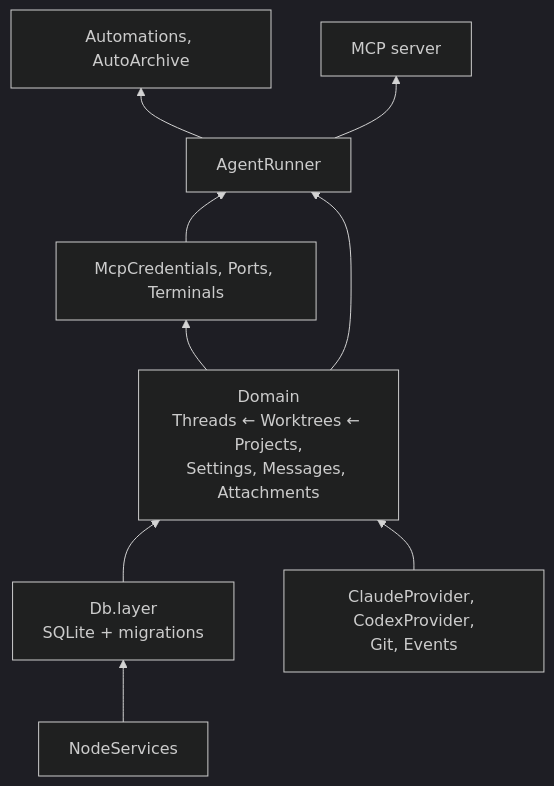
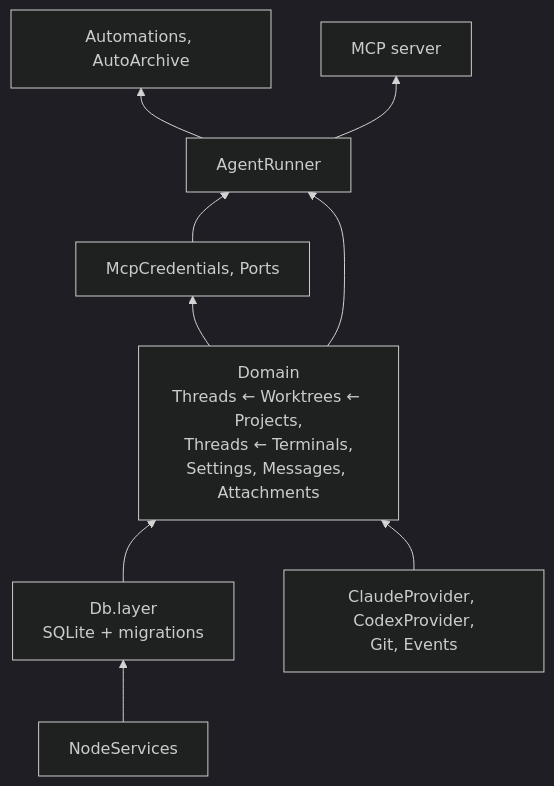
Before and after one commit to hinadev-ai/hinacode: the third of 15 diagrams in docs/arch.md, drawn with Mermaid (dark theme). The commit also changed other lines of this file and 12 other files, not shown here.

````diff
--- a/docs/arch.md
+++ b/docs/arch.md
@@ -72,18 +72,18 @@
 ```mermaid
 flowchart BT
   node["NodeServices"]
   db["Db.layer<br/>SQLite + migrations"]
   infra["ClaudeProvider, CodexProvider,<br/>Git, Events"]
-  domain["Domain<br/>Threads ← Worktrees ← Projects,<br/>Settings, Messages, Attachments"]
-  features["McpCredentials, Ports, Terminals"]
+  domain["Domain<br/>Threads ← Worktrees ← Projects,<br/>Threads ← Terminals,<br/>Settings, Messages, Attachments"]
+  features["McpCredentials, Ports"]
   runner["AgentRunner"]
   autos["Automations, AutoArchive"]
   mcp["MCP server"]
 
   node --> db --> domain
   infra --> domain
   domain --> features --> runner
   domain --> runner
   runner --> autos
   runner --> mcp
 ```
````
